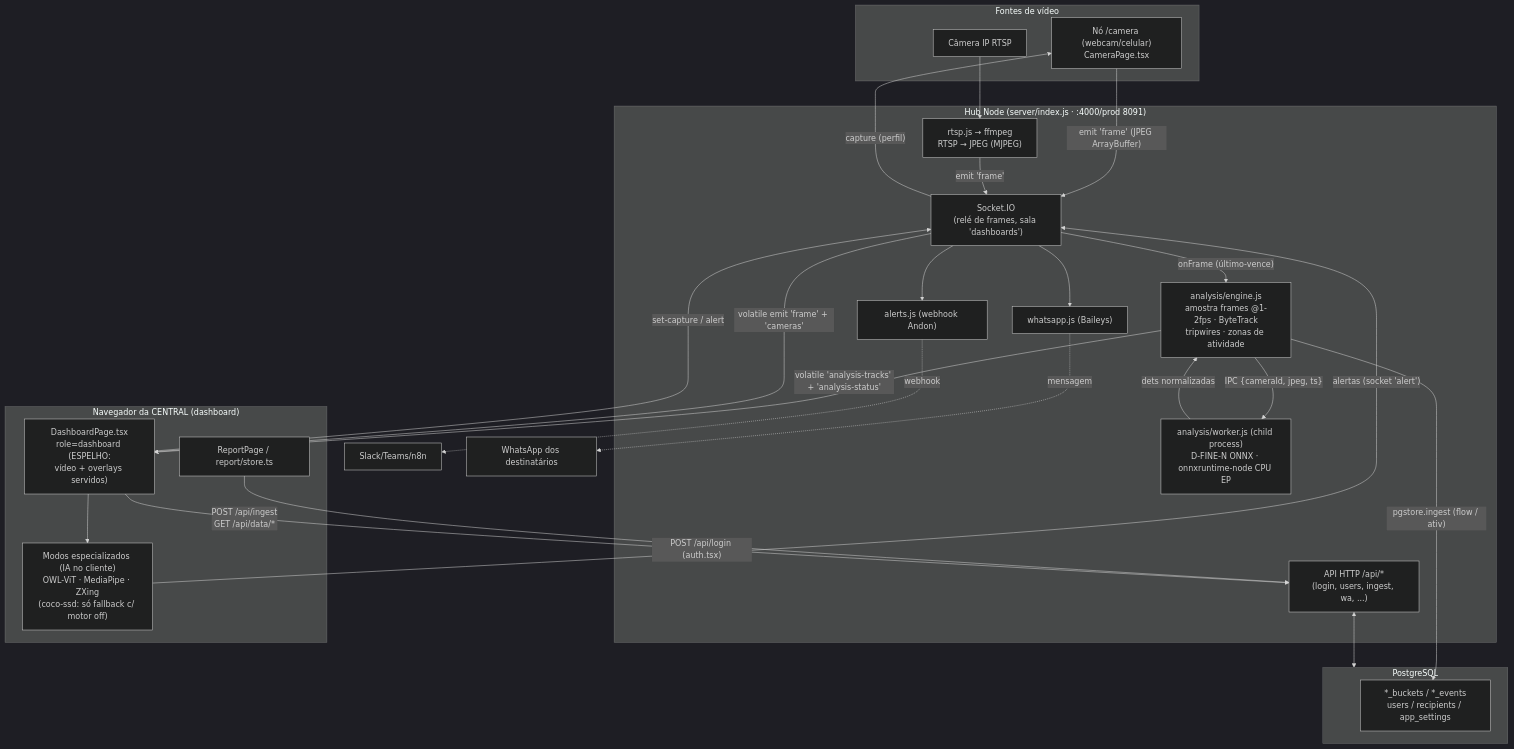
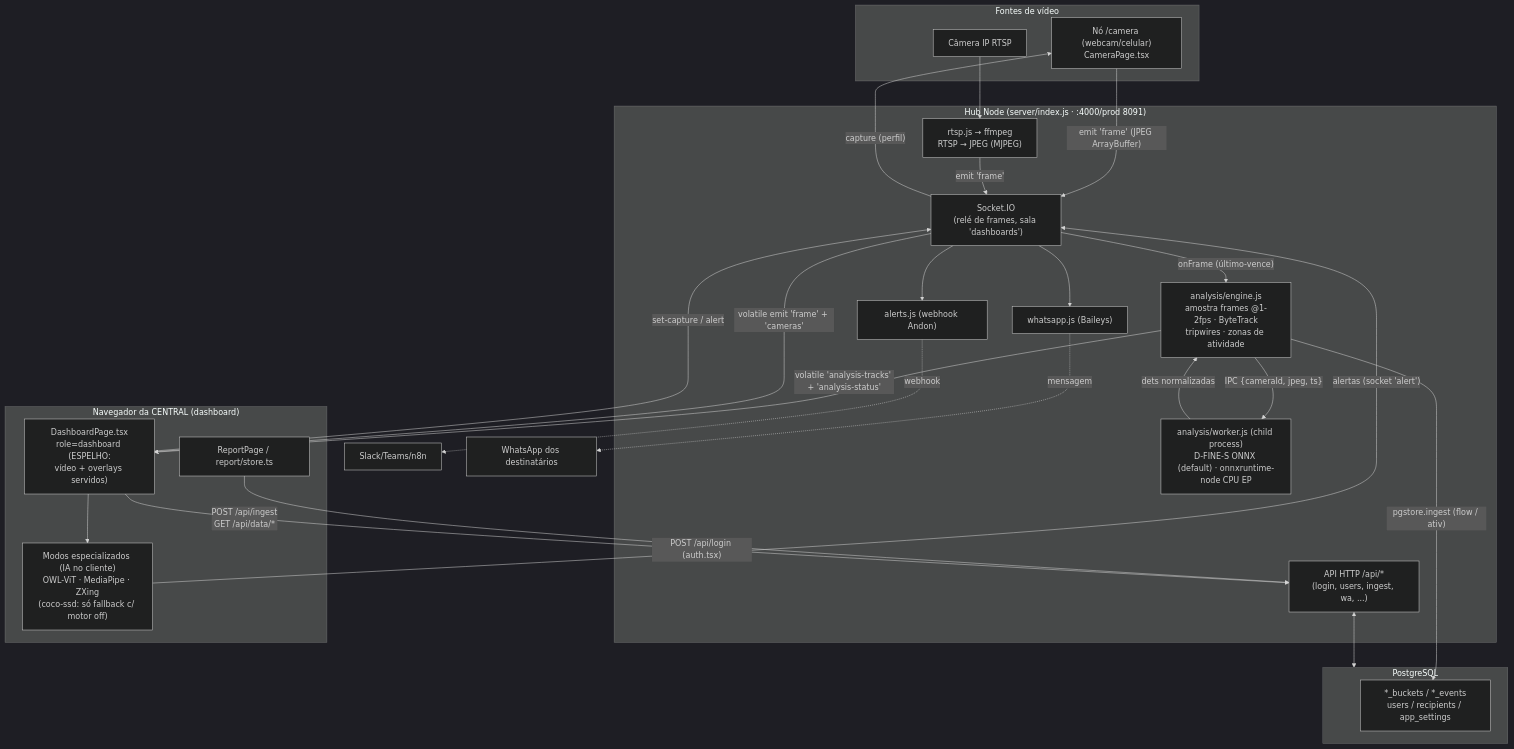
Before and after one commit to OrganizacaoBox3/IA_visao_camera_patio: the diagram in docs-regenerada/01-visao-geral-arquitetura.md, drawn with Mermaid (dark theme). The commit also changed other lines of this file and 2 other files, not shown here.

First line of the commit message:
docs: motor D-FINE-S default + zona de Exclusao (calibracao)

````diff
--- a/docs-regenerada/01-visao-geral-arquitetura.md
+++ b/docs-regenerada/01-visao-geral-arquitetura.md
@@ -74,47 +77,47 @@
 ```mermaid
 flowchart TB
     subgraph Cameras["Fontes de vídeo"]
         CAM["Nó /camera (webcam/celular)\nCameraPage.tsx"]
         IP["Câmera IP RTSP"]
     end
 
     subgraph Hub["Hub Node (server/index.js · :4000/prod 8091)"]
         SIO["Socket.IO\n(relé de frames, sala 'dashboards')"]
         HTTP["API HTTP /api/*\n(login, users, ingest, wa, ...)"]
         FFMPEG["rtsp.js → ffmpeg\nRTSP → JPEG (MJPEG)"]
         ENGINE["analysis/engine.js\namostra frames @1-2fps · ByteTrack\ntripwires · zonas de atividade"]
-        WORKER["analysis/worker.js (child process)\nD-FINE-N ONNX · onnxruntime-node CPU EP"]
+        WORKER["analysis/worker.js (child process)\nD-FINE-S ONNX (default) · onnxruntime-node CPU EP"]
         WA["whatsapp.js (Baileys)"]
         AND["alerts.js (webhook Andon)"]
     end
 
     subgraph PG["PostgreSQL"]
         BUCKETS["*_buckets / *_events\nusers / recipients / app_settings"]
     end
 
     subgraph Browser["Navegador da CENTRAL (dashboard)"]
         DASH["DashboardPage.tsx\nrole=dashboard (ESPELHO:\nvídeo + overlays servidos)"]
         AI["Modos especializados (IA no cliente)\nOWL-ViT · MediaPipe · ZXing\n(coco-ssd: só fallback c/ motor off)"]
         REPORT["ReportPage / report/store.ts"]
     end
 
     CAM -- "emit 'frame' (JPEG ArrayBuffer)" --> SIO
     IP --> FFMPEG -- "emit 'frame'" --> SIO
     SIO -- "onFrame (último-vence)" --> ENGINE
     ENGINE -- "IPC {cameraId, jpeg, ts}" --> WORKER
     WORKER -- "dets normalizadas" --> ENGINE
     ENGINE -- "pgstore.ingest (flow / ativ)" --> BUCKETS
     ENGINE -- "volatile 'analysis-tracks' + 'analysis-status'" --> DASH
     SIO -- "volatile emit 'frame' + 'cameras'" --> DASH
     DASH -- "set-capture / alert" --> SIO
     SIO -- "capture (perfil)" --> CAM
     DASH --> AI
     AI -- "alertas (socket 'alert')" --> SIO
     AND -. webhook .-> EXT["Slack/Teams/n8n"]
     WA -. mensagem .-> ZAP["WhatsApp dos destinatários"]
     SIO --> AND
     SIO --> WA
     REPORT -- "POST /api/ingest\nGET /api/data/*" --> HTTP
     HTTP <--> PG
     DASH -- "POST /api/login (auth.tsx)" --> HTTP
 ```
````
